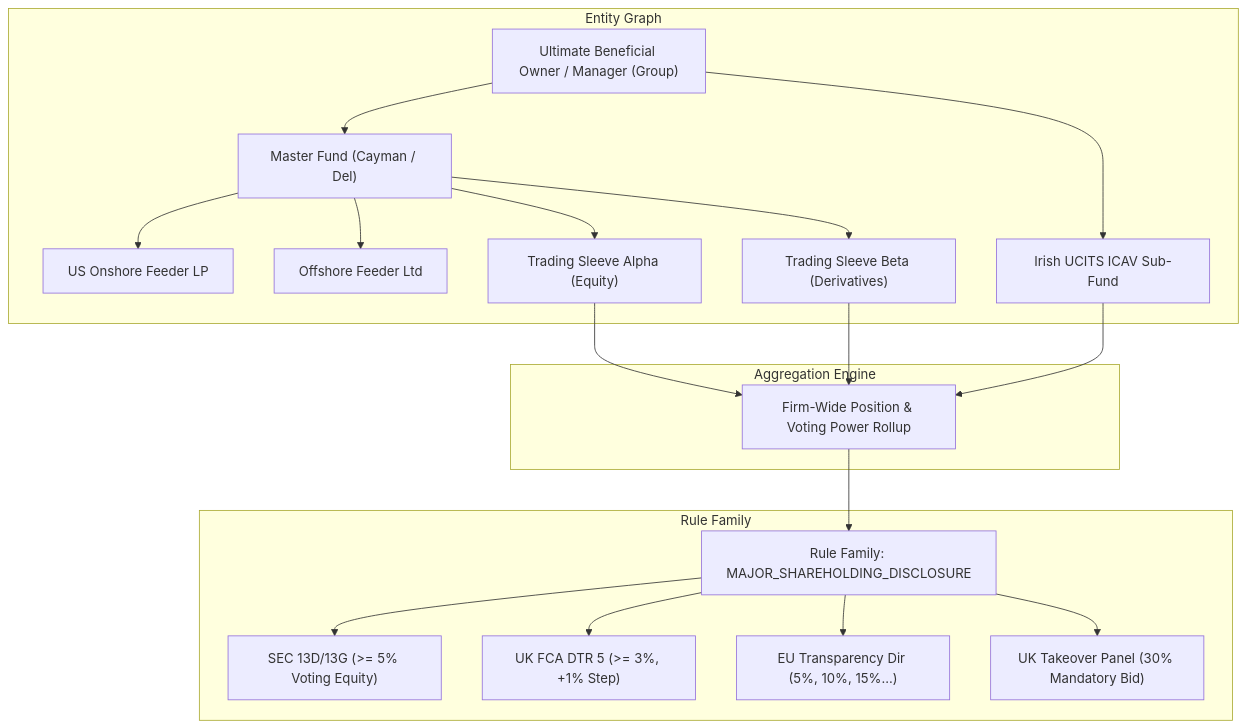
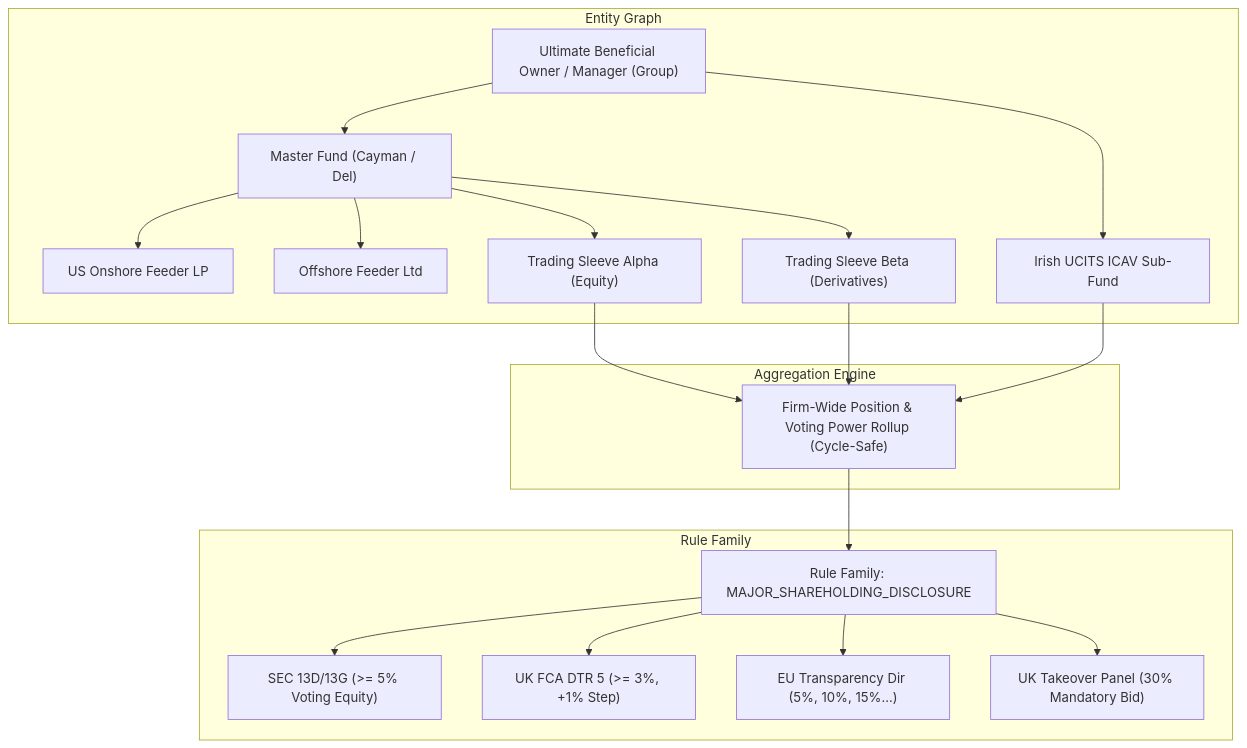
One commit to hondyman/uisce changed the diagram in docs/design/2026-10-06-phase7-entity-graph-and-rule-families.md. Above: the diagram before and after it, drawn with Mermaid. The commit also changed other lines of this file, not shown here.

Commit message:
docs(compliance): update Phase VII design note with event crossing semantics, collision protocol amendment, and cycle-safe graph traversal

````diff
--- a/docs/design/2026-10-06-phase7-entity-graph-and-rule-families.md
+++ b/docs/design/2026-10-06-phase7-entity-graph-and-rule-families.md
@@ -22,41 +22,41 @@
 ```mermaid
 graph TD
     subgraph Entity Graph
         UBO["Ultimate Beneficial Owner / Manager (Group)"]
         MF["Master Fund (Cayman / Del)"]
         F1["US Onshore Feeder LP"]
         F2["Offshore Feeder Ltd"]
         SUB["Irish UCITS ICAV Sub-Fund"]
         SL1["Trading Sleeve Alpha (Equity)"]
         SL2["Trading Sleeve Beta (Derivatives)"]
         
         UBO --> MF
         MF --> F1
         MF --> F2
         UBO --> SUB
         MF --> SL1
         MF --> SL2
     end
     
     subgraph Aggregation Engine
-        AGGR["Firm-Wide Position & Voting Power Rollup"]
+        AGGR["Firm-Wide Position & Voting Power Rollup (Cycle-Safe)"]
         SL1 --> AGGR
         SL2 --> AGGR
         SUB --> AGGR
     end
     
     subgraph Rule Family
         RF["Rule Family: MAJOR_SHAREHOLDING_DISCLOSURE"]
         R_SEC["SEC 13D/13G (>= 5% Voting Equity)"]
         R_FCA["UK FCA DTR 5 (>= 3%, +1% Step)"]
         R_ESMA["EU Transparency Dir (5%, 10%, 15%...)"]
         R_TAKEOVER["UK Takeover Panel (30% Mandatory Bid)"]
         
         RF --> R_SEC
         RF --> R_FCA
         RF --> R_ESMA
         RF --> R_TAKEOVER
     end
     
     AGGR --> RF
 ```
````
